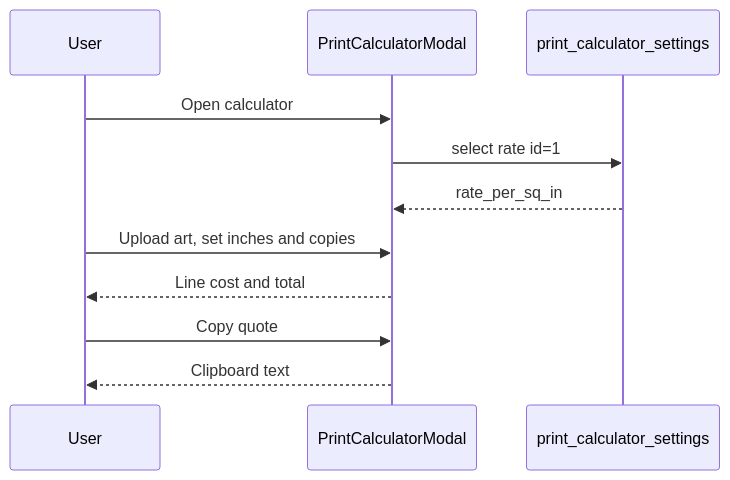
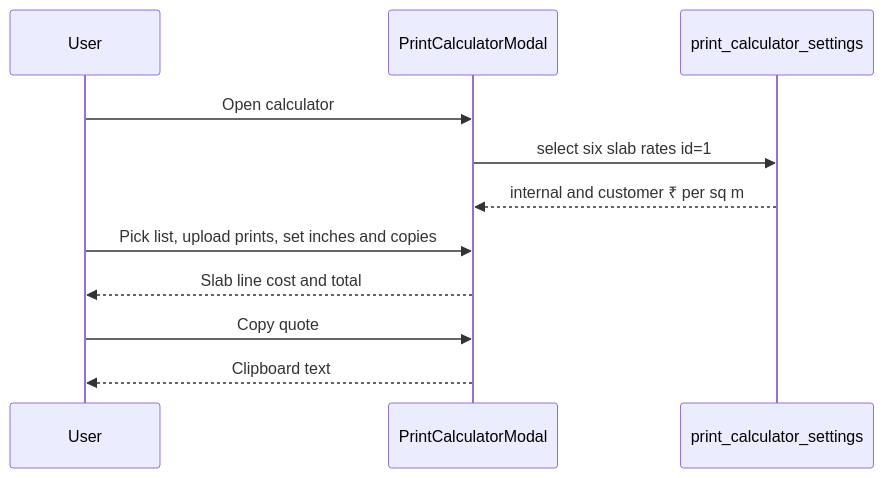
The second of 52 diagrams in docs/FLOWCHARTS.md (Mayur8291/Printing-Tracker), drawn with Mermaid before and after one commit. The commit also changed other lines of this file and 11 other files, not shown here.

First line of the commit message:
feat(print): price internal and customer rates by qty slab

````diff
--- a/docs/FLOWCHARTS.md
+++ b/docs/FLOWCHARTS.md
@@ -17,13 +20,13 @@
 ```mermaid
 sequenceDiagram
   participant User
   participant Modal as PrintCalculatorModal
   participant Db as print_calculator_settings
   User->>Modal: Open calculator
-  Modal->>Db: select rate id=1
-  Db-->>Modal: rate_per_sq_in
-  User->>Modal: Upload art, set inches and copies
-  Modal-->>User: Line cost and total
+  Modal->>Db: select six slab rates id=1
+  Db-->>Modal: internal and customer ₹ per sq m
+  User->>Modal: Pick list, upload prints, set inches and copies
+  Modal-->>User: Slab line cost and total
   User->>Modal: Copy quote
   Modal-->>User: Clipboard text
 ```
````
